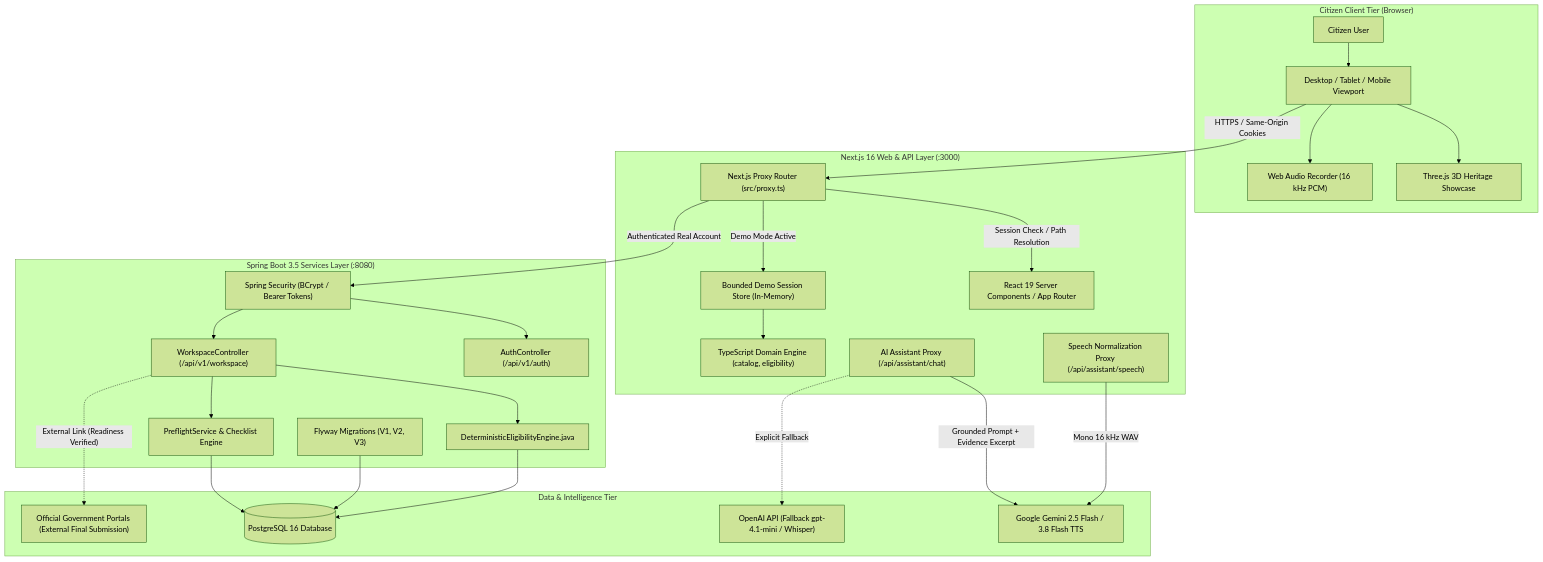
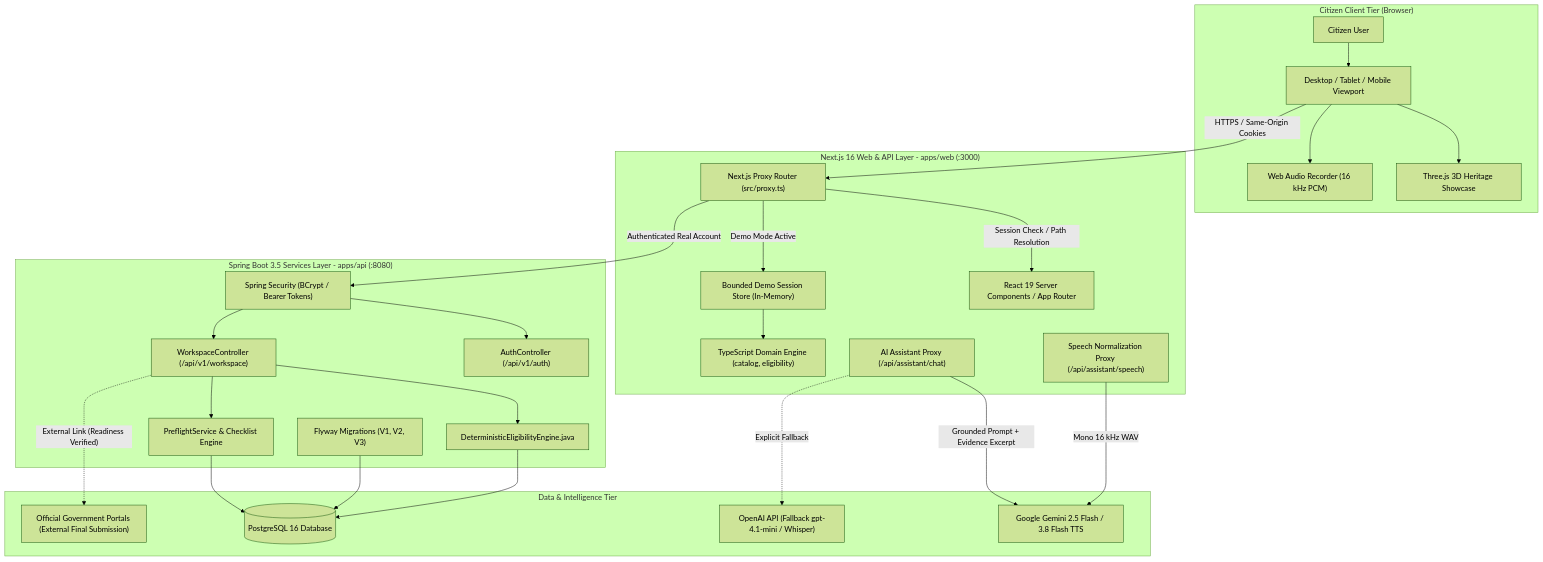
The first of 4 diagrams in README.md (krishnavarshith21-co/adhikaar-ai), drawn with Mermaid (forest theme) before and after one commit. The commit also changed other lines of this file and 255 other files, not shown here.

Commit message:
refactor: monorepo restructuring (apps/web, apps/api), feature slicing, and auth-split-shell resilience

````diff
--- a/README.md
+++ b/README.md
@@ -136,59 +136,59 @@
 ```mermaid
 flowchart TD
     subgraph ClientTier["Citizen Client Tier (Browser)"]
         User["Citizen User"]
         Desktop["Desktop / Tablet / Mobile Viewport"]
         AudioRec["Web Audio Recorder (16 kHz PCM)"]
         ThreeCanvas["Three.js 3D Heritage Showcase"]
     end
 
-    subgraph EdgeTier["Next.js 16 Web & API Layer (:3000)"]
+    subgraph EdgeTier["Next.js 16 Web & API Layer - apps/web (:3000)"]
         Proxy["Next.js Proxy Router (src/proxy.ts)"]
         SSR["React 19 Server Components / App Router"]
         DemoStore["Bounded Demo Session Store (In-Memory)"]
         TSDomain["TypeScript Domain Engine (catalog, eligibility)"]
         AssistantProxy["AI Assistant Proxy (/api/assistant/chat)"]
         SpeechProxy["Speech Normalization Proxy (/api/assistant/speech)"]
     end
 
-    subgraph BackendTier["Spring Boot 3.5 Services Layer (:8080)"]
+    subgraph BackendTier["Spring Boot 3.5 Services Layer - apps/api (:8080)"]
         Security["Spring Security (BCrypt / Bearer Tokens)"]
         AuthCtrl["AuthController (/api/v1/auth)"]
         WorkspaceCtrl["WorkspaceController (/api/v1/workspace)"]
         RulesEngine["DeterministicEligibilityEngine.java"]
         PreflightSvc["PreflightService & Checklist Engine"]
         FlywayMigration["Flyway Migrations (V1, V2, V3)"]
     end
 
     subgraph DataTier["Data & Intelligence Tier"]
         Postgres[("PostgreSQL 16 Database")]
         GeminiAPI["Google Gemini 2.5 Flash / 3.8 Flash TTS"]
         OpenAIAPI["OpenAI API (Fallback gpt-4.1-mini / Whisper)"]
         GovPortals["Official Government Portals (External Final Submission)"]
     end
 
     User --> Desktop
     Desktop --> ThreeCanvas
     Desktop --> AudioRec
     Desktop -->|"HTTPS / Same-Origin Cookies"| Proxy
 
     Proxy -->|"Session Check / Path Resolution"| SSR
     Proxy -->|"Demo Mode Active"| DemoStore
     DemoStore --> TSDomain
 
     Proxy -->|"Authenticated Real Account"| Security
     Security --> AuthCtrl
     Security --> WorkspaceCtrl
     WorkspaceCtrl --> RulesEngine
     WorkspaceCtrl --> PreflightSvc
 
     PreflightSvc --> Postgres
     RulesEngine --> Postgres
     FlywayMigration --> Postgres
 
     AssistantProxy -->|"Grounded Prompt + Evidence Excerpt"| GeminiAPI
     AssistantProxy -.->|"Explicit Fallback"| OpenAIAPI
     SpeechProxy -->|"Mono 16 kHz WAV"| GeminiAPI
 
     WorkspaceCtrl -.->|"External Link (Readiness Verified)"| GovPortals
 ```
````
